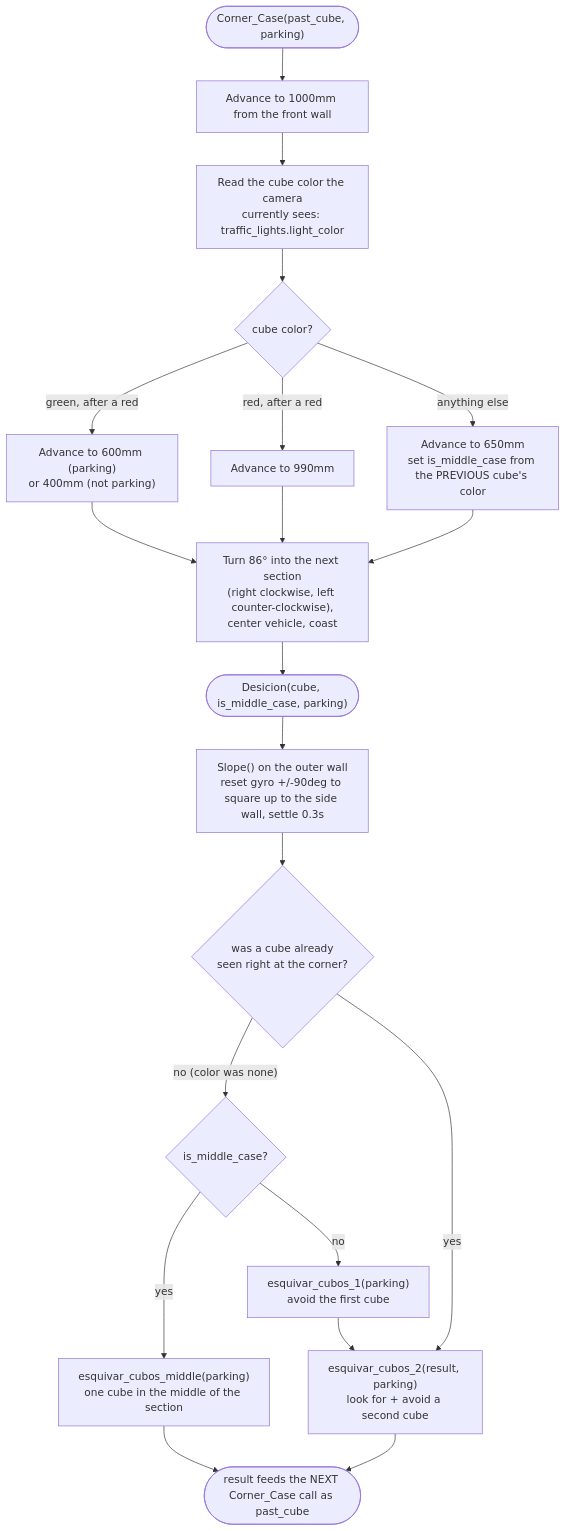
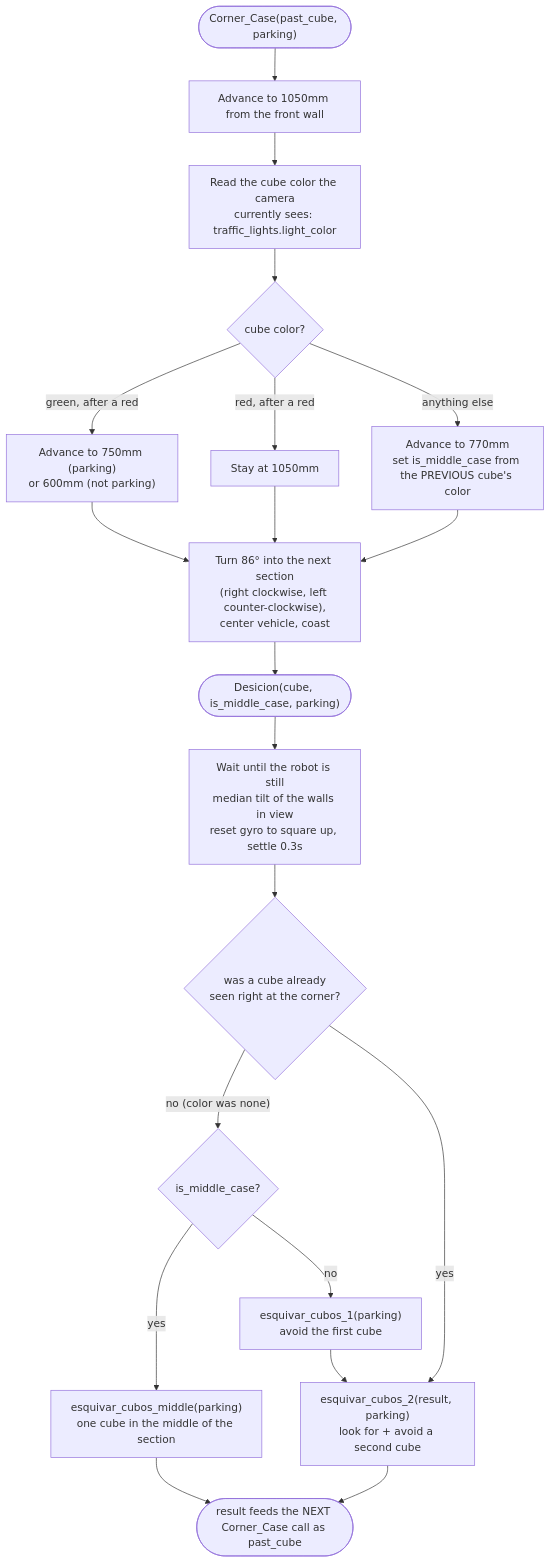
The fifth of 7 diagrams in README.md (alex309-duarte/WRO_Future_Engineers_Queretaro_CSS), drawn with Mermaid before and after one commit. The commit also changed other lines of this file and 8 other files, not shown here.

````diff
--- a/README.md
+++ b/README.md
@@ -1065,22 +1064,22 @@
 ```mermaid
 flowchart TD
-    A(["Corner_Case(past_cube, parking)"]) --> B["Advance to 1000mm from the front wall"]
+    A(["Corner_Case(past_cube, parking)"]) --> B["Advance to 1050mm from the front wall"]
     B --> C["Read the cube color the camera<br/>currently sees: traffic_lights.light_color"]
     C --> D{"cube color?"}
-    D -- "green, after a red" --> E["Advance to 600mm (parking)<br/>or 400mm (not parking)"]
-    D -- "red, after a red" --> F["Advance to 990mm"]
-    D -- "anything else" --> G["Advance to 650mm<br/>set is_middle_case from the PREVIOUS cube's color"]
+    D -- "green, after a red" --> E["Advance to 750mm (parking)<br/>or 600mm (not parking)"]
+    D -- "red, after a red" --> F["Stay at 1050mm"]
+    D -- "anything else" --> G["Advance to 770mm<br/>set is_middle_case from the PREVIOUS cube's color"]
     E --> H["Turn 86&deg; into the next section<br/>(right clockwise, left counter-clockwise),<br/>center vehicle, coast"]
     F --> H
     G --> H
     H --> I(["Desicion(cube, is_middle_case, parking)"])
-    I --> J["Slope() on the outer wall<br/>reset gyro +/-90deg to square up to the side wall, settle 0.3s"]
+    I --> J["Wait until the robot is still<br/>median tilt of the walls in view<br/>reset gyro to square up, settle 0.3s"]
     J --> K{"was a cube already<br/>seen right at the corner?"}
     K -- "no (color was none)" --> L{"is_middle_case?"}
     L -- yes --> M["esquivar_cubos_middle(parking)<br/>one cube in the middle of the section"]
     L -- no --> N["esquivar_cubos_1(parking)<br/>avoid the first cube"]
     N --> O["esquivar_cubos_2(result, parking)<br/>look for + avoid a second cube"]
     K -- yes --> O
     M --> P(["result feeds the NEXT Corner_Case call as past_cube"])
     O --> P
 ```
````
